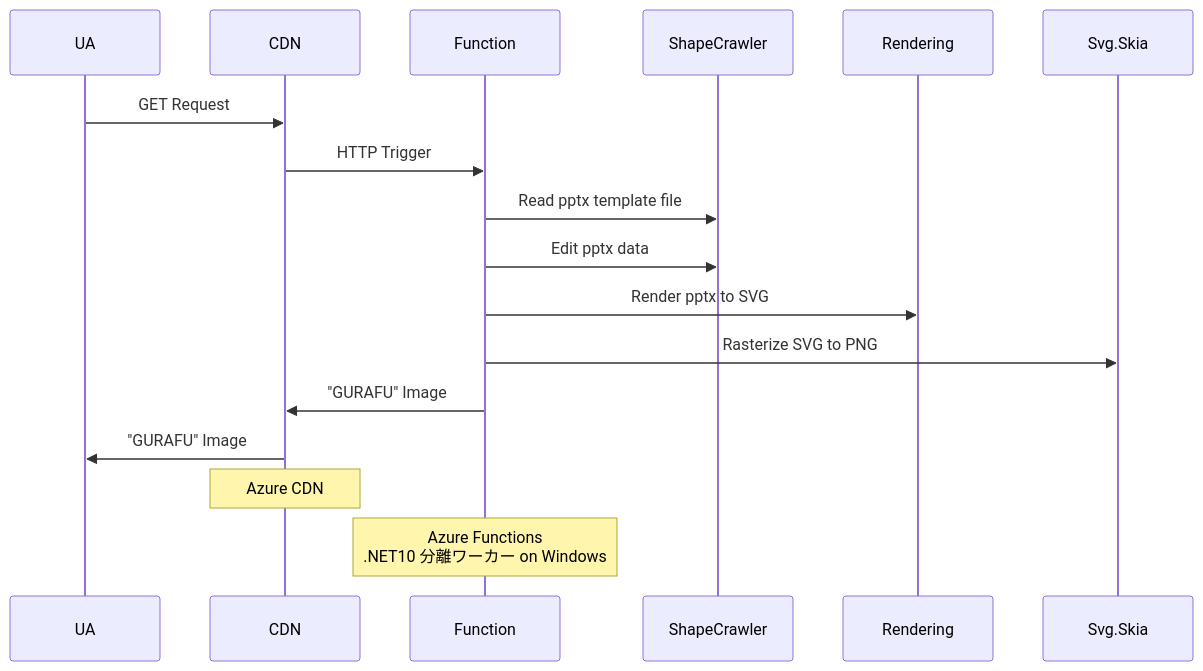
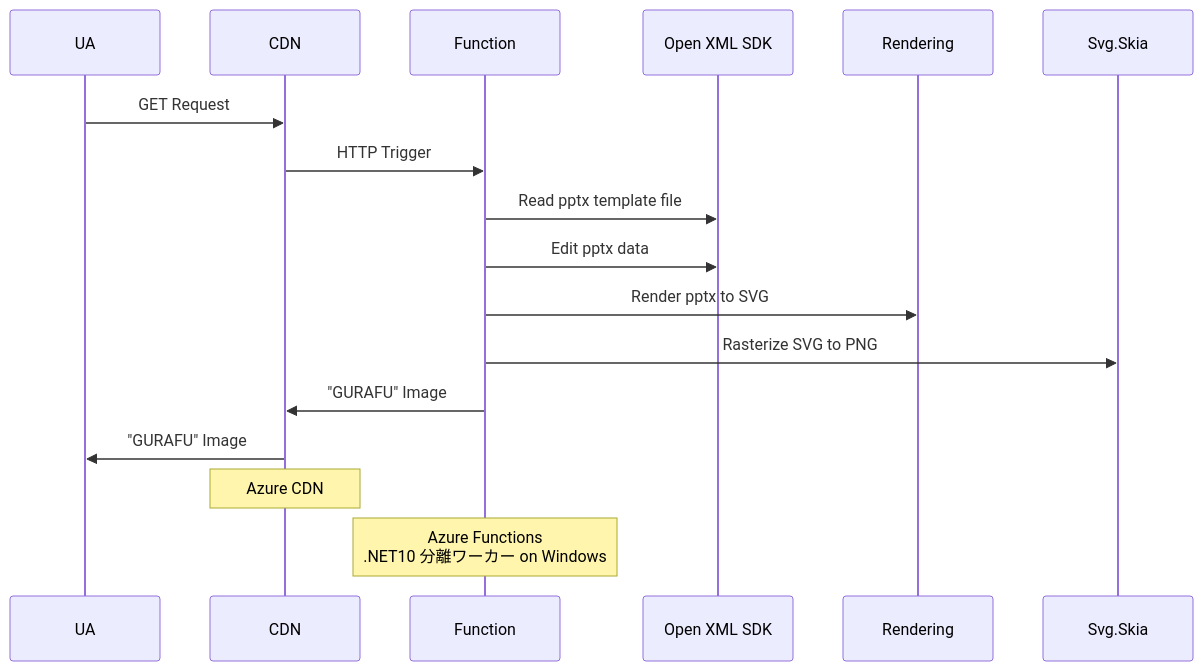
The diagram in README.md (7474/NantoNBai), drawn with Mermaid before and after one commit. The commit also changed other lines of this file and 8 other files, not shown here.

First line of the commit message:
Edit the template with Open XML SDK and drop ShapeCrawler

````diff
--- a/README.md
+++ b/README.md
@@ -39,13 +39,13 @@
 ```mermaid
 sequenceDiagram
     UA->>CDN: GET Request
     CDN->>Function: HTTP Trigger
-    Function->>ShapeCrawler: Read pptx template file
-    Function->>ShapeCrawler: Edit pptx data
+    Function->>Open XML SDK: Read pptx template file
+    Function->>Open XML SDK: Edit pptx data
     Function->>Rendering: Render pptx to SVG
     Function->>Svg.Skia: Rasterize SVG to PNG
     Function->>CDN: "GURAFU" Image
     CDN->>UA: "GURAFU" Image
     Note over CDN: Azure CDN
     Note over Function: Azure Functions<br/>.NET10 分離ワーカー on Windows
 ```
````
